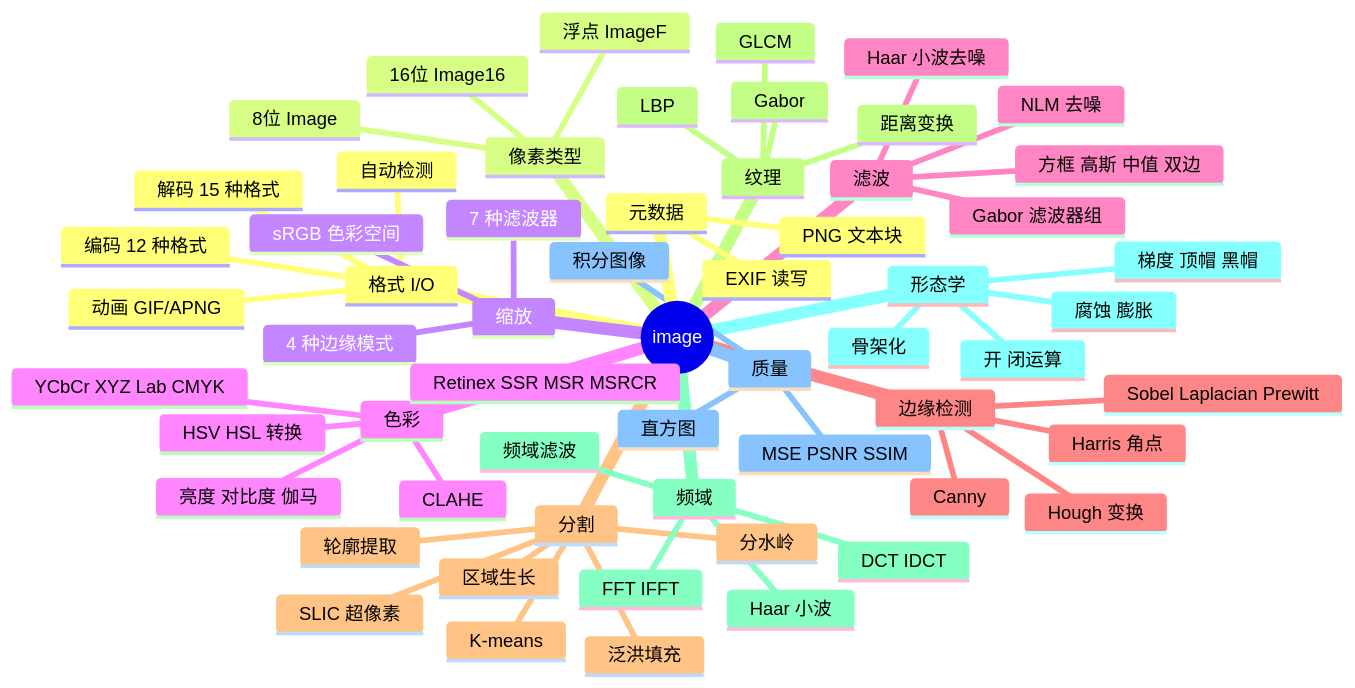
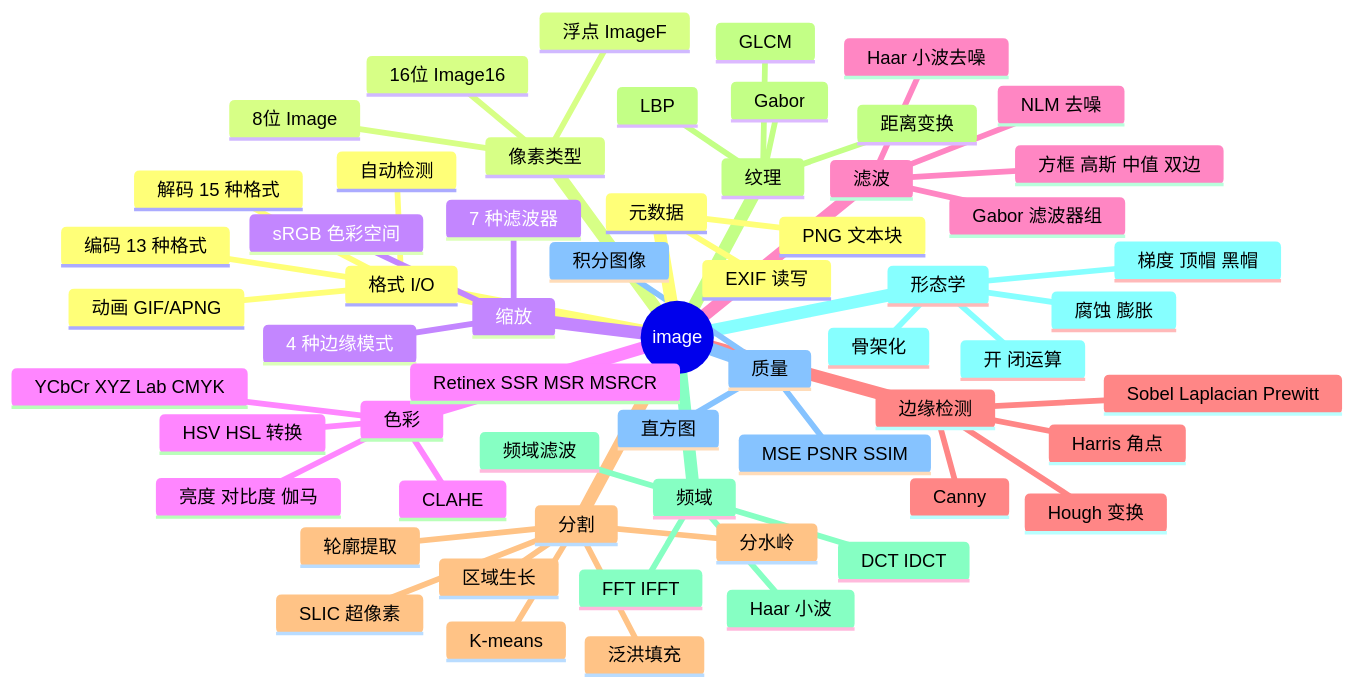
The first of 14 diagrams in docs/architecture.md (toadium/stb-image), drawn with Mermaid before and after one commit. The commit also changed other lines of this file and 7 other files, not shown here.

````diff
--- a/docs/architecture.md
+++ b/docs/architecture.md
@@ -11,62 +11,62 @@
 ```mermaid
 mindmap
   root((image))
     格式 I/O
       解码 15 种格式
-      编码 12 种格式
+      编码 13 种格式
       自动检测
       动画 GIF/APNG
     像素类型
       8位 Image
       16位 Image16
       浮点 ImageF
     缩放
       7 种滤波器
       4 种边缘模式
       sRGB 色彩空间
     色彩
       HSV HSL 转换
       YCbCr XYZ Lab CMYK
       亮度 对比度 伽马
       CLAHE
       Retinex SSR MSR MSRCR
     滤波
       方框 高斯 中值 双边
       Gabor 滤波器组
       NLM 去噪
       Haar 小波去噪
     边缘检测
       Sobel Laplacian Prewitt
       Canny
       Harris 角点
       Hough 变换
     分割
       K-means
       区域生长
       分水岭
       轮廓提取
       泛洪填充
       SLIC 超像素
     纹理
       LBP
       GLCM
       Gabor
       距离变换
     频域
       FFT IFFT
       DCT IDCT
       频域滤波
       Haar 小波
     形态学
       腐蚀 膨胀
       开 闭运算
       梯度 顶帽 黑帽
       骨架化
     质量
       MSE PSNR SSIM
       直方图
       积分图像
     元数据
       EXIF 读写
       PNG 文本块
 ```
````
